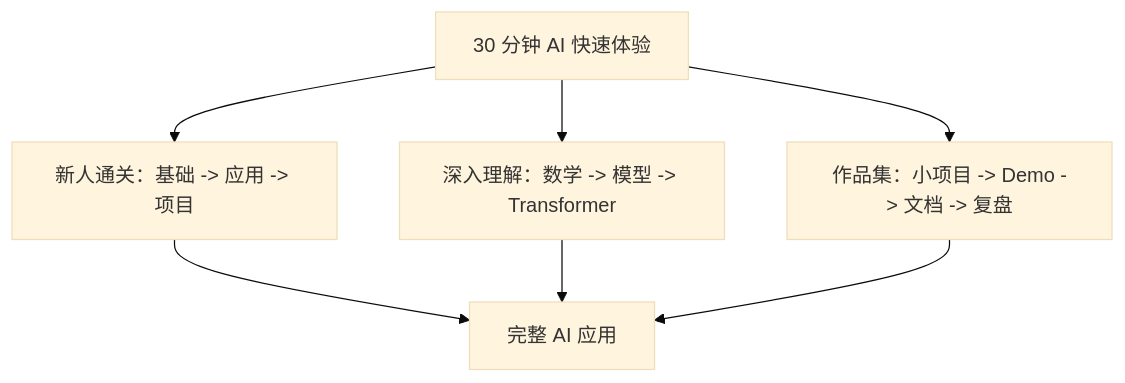
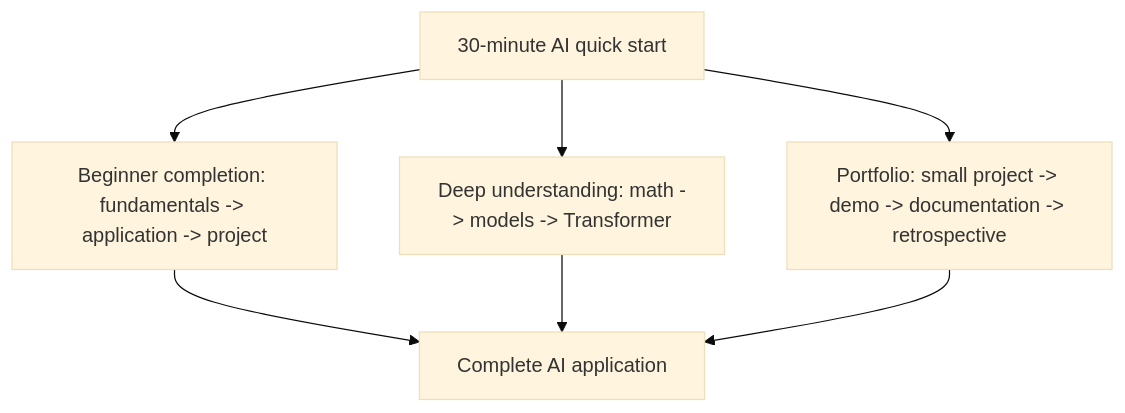
Before and after one commit to oudbiao/AI-fullstack-course: the diagram in docs/intro/learning-path.md, drawn with Mermaid (base theme). The commit also changed other lines of this file and 1406 other files, not shown here.

````diff
--- a/docs/intro/learning-path.md
+++ b/docs/intro/learning-path.md
@@ -27,9 +27,9 @@
 ```mermaid
 flowchart TB
-  A["30 分钟 AI 快速体验"] --> B["新人通关：基础 -> 应用 -> 项目"]
-  A --> C["深入理解：数学 -> 模型 -> Transformer"]
-  A --> D["作品集：小项目 -> Demo -> 文档 -> 复盘"]
-  B --> E["完整 AI 应用"]
+  A["30-minute AI quick start"] --> B["Beginner completion: fundamentals -> application -> project"]
+  A --> C["Deep understanding: math -> models -> Transformer"]
+  A --> D["Portfolio: small project -> demo -> documentation -> retrospective"]
+  B --> E["Complete AI application"]
   C --> E
   D --> E
 ```
````
